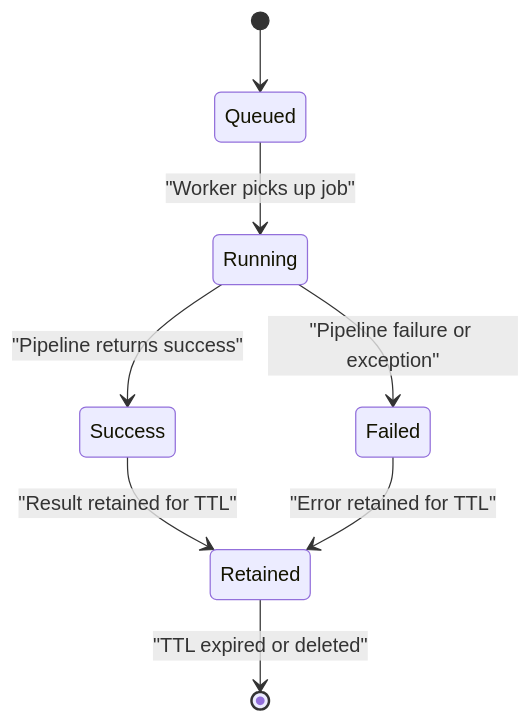
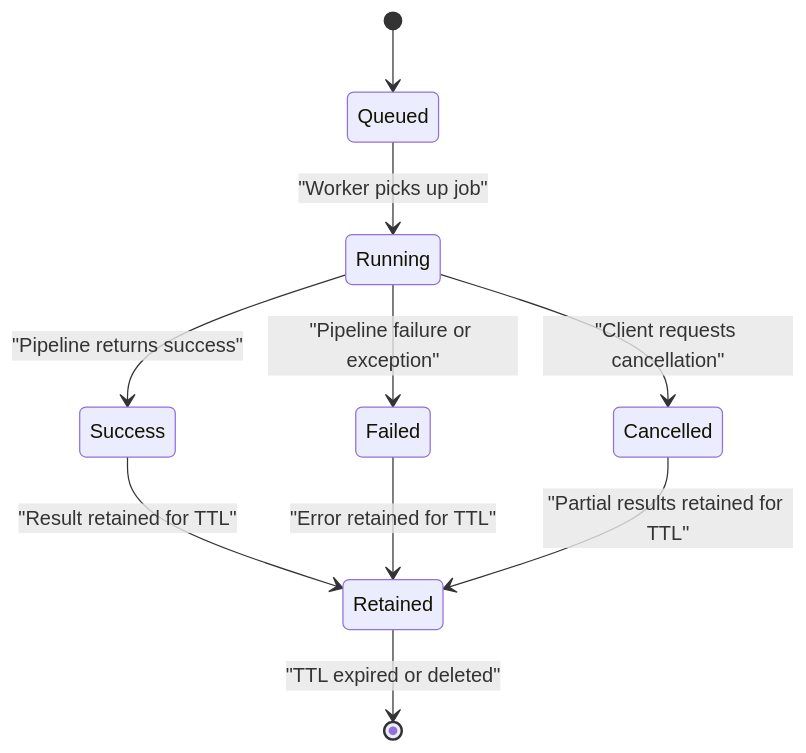
One commit to hsmbanlance/HsBaSlicer changed the seventh of 9 diagrams in .qoder/repowiki/en/content/Core Modules/REST API Server.md. Above: the diagram before and after it, drawn with Mermaid. The commit also changed other lines of this file and 101 other files, not shown here.

````diff
--- a/.qoder/repowiki/en/content/Core Modules/REST API Server.md
+++ b/.qoder/repowiki/en/content/Core Modules/REST API Server.md
@@ -233,10 +385,12 @@
 ```mermaid
 stateDiagram-v2
 [*] --> Queued
 Queued --> Running : "Worker picks up job"
 Running --> Success : "Pipeline returns success"
 Running --> Failed : "Pipeline failure or exception"
+Running --> Cancelled : "Client requests cancellation"
 Success --> Retained : "Result retained for TTL"
 Failed --> Retained : "Error retained for TTL"
+Cancelled --> Retained : "Partial results retained for TTL"
 Retained --> [*] : "TTL expired or deleted"
 ```
````
